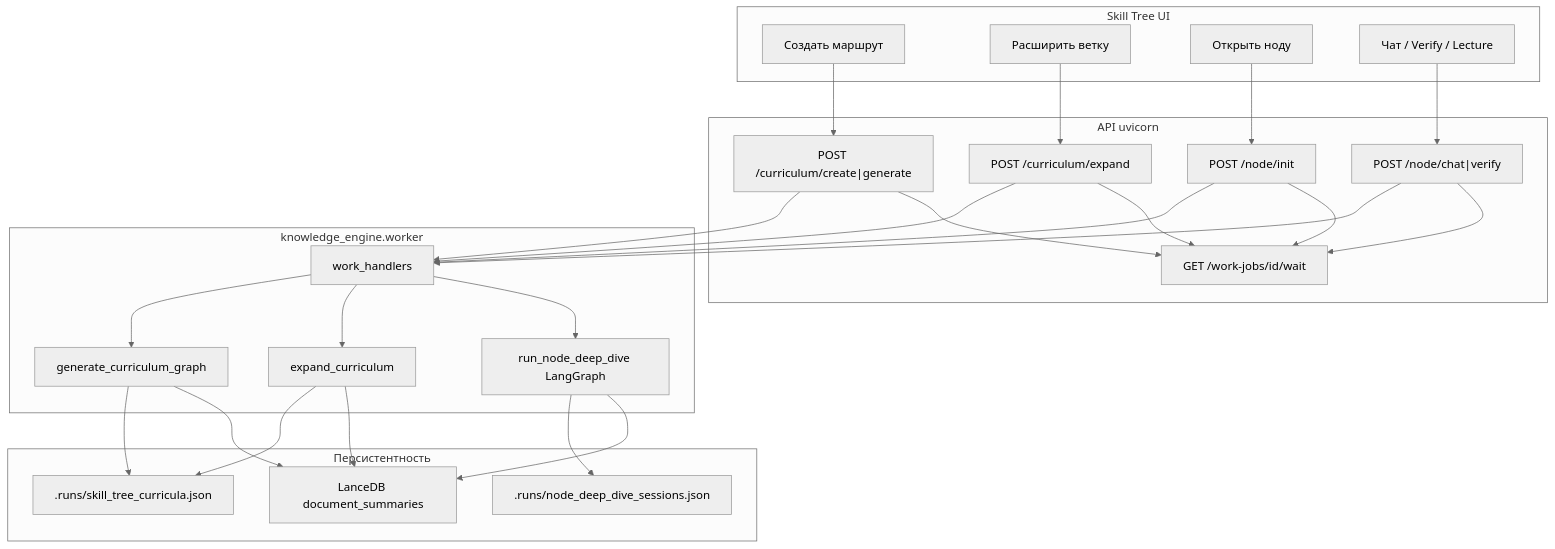
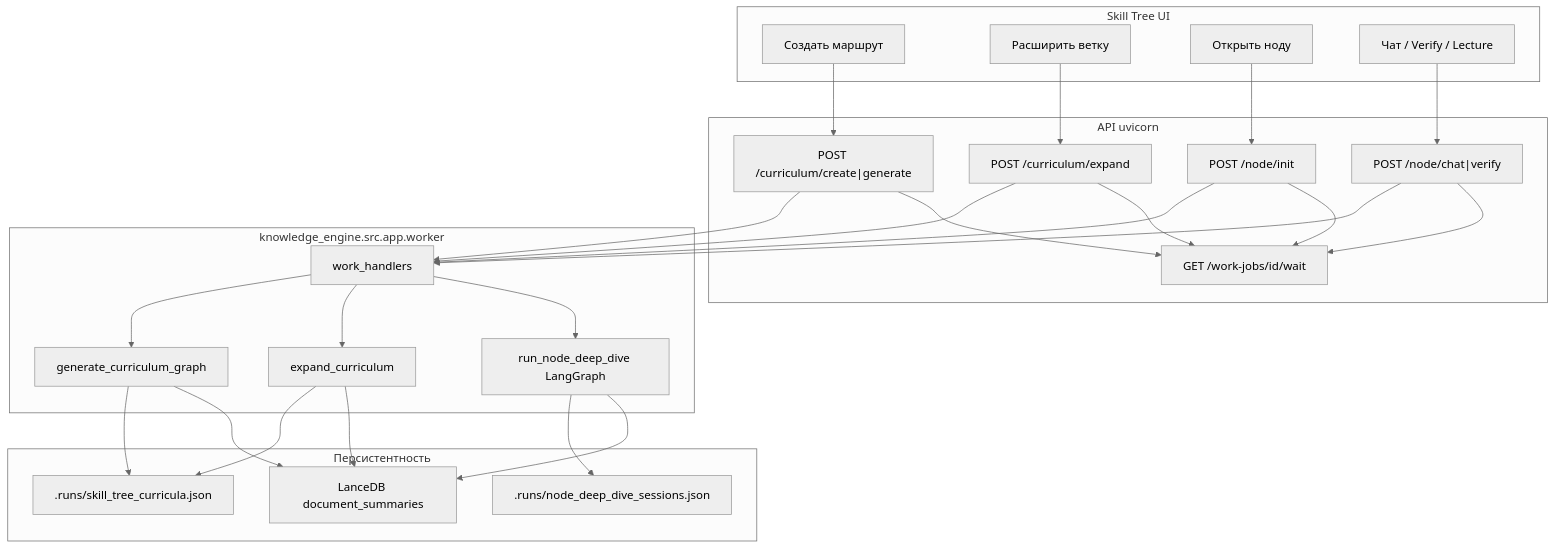
One commit to 6Artem6/REsearch changed the first of 7 diagrams in knowledge_engine/docs/TUTOR_PIPELINES.md. Above: the diagram before and after it, drawn with Mermaid (neutral theme). The commit also changed other lines of this file and 26 other files, not shown here.

````diff
--- a/knowledge_engine/docs/TUTOR_PIPELINES.md
+++ b/knowledge_engine/docs/TUTOR_PIPELINES.md
@@ -31,52 +31,52 @@
 ```mermaid
 flowchart TB
   subgraph UI["Skill Tree UI"]
     Create["Создать маршрут"]
     Expand["Расширить ветку"]
     OpenNode["Открыть ноду"]
     Chat["Чат / Verify / Lecture"]
   end
 
   subgraph API["API uvicorn"]
     CG["POST /curriculum/create|generate"]
     CE["POST /curriculum/expand"]
     NI["POST /node/init"]
     NC["POST /node/chat|verify"]
     WJ["GET /work-jobs/id/wait"]
   end
 
-  subgraph Worker["knowledge_engine.worker"]
+  subgraph Worker["knowledge_engine.src.app.worker"]
     WH["work_handlers"]
     Gen["generate_curriculum_graph"]
     Exp["expand_curriculum"]
     Dive["run_node_deep_dive LangGraph"]
   end
 
   subgraph Store["Персистентность"]
     ST[".runs/skill_tree_curricula.json"]
     ND[".runs/node_deep_dive_sessions.json"]
     LB["LanceDB document_summaries"]
   end
 
   Create --> CG
   Expand --> CE
   OpenNode --> NI
   Chat --> NC
   CG --> WH
   CE --> WH
   NI --> WH
   NC --> WH
   WH --> Gen
   WH --> Exp
   WH --> Dive
   Gen --> ST
   Exp --> ST
   Dive --> ND
   Gen --> LB
   Exp --> LB
   Dive --> LB
   CG --> WJ
   CE --> WJ
   NI --> WJ
   NC --> WJ
 ```
````
